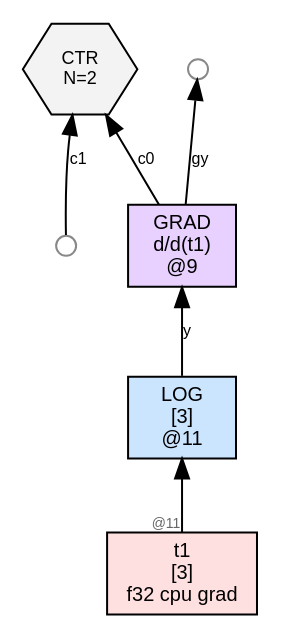
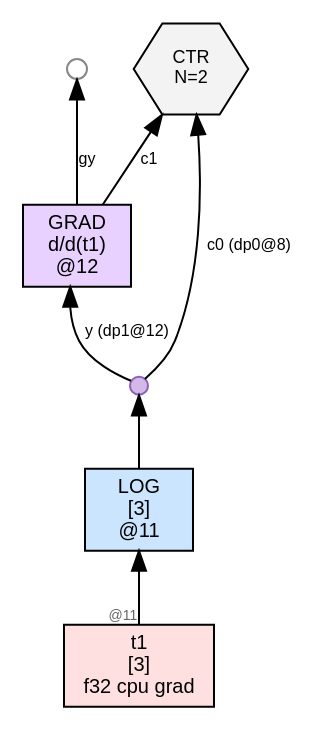
The diagram in wl/examples/thvm_graphs/grad_rules/log/thvm_0_pre_reduce.dot (sw1sh/TinyHVM), drawn with Graphviz before and after one commit. The commit also changed 193 other files, not shown here.

```diff
--- a/wl/examples/thvm_graphs/grad_rules/log/thvm_0_pre_reduce.dot
+++ b/wl/examples/thvm_graphs/grad_rules/log/thvm_0_pre_reduce.dot
@@ -1,17 +1,18 @@
 digraph G {
   rankdir=BT;
   node [fontname="Helvetica", fontsize=10, style=filled, shape=box, margin="0.1,0.05"];
   edge [fontsize=8, fontname="Helvetica"];
 
-  n9 [label="GRAD\nd/d(t1)\n@9", shape=box, fillcolor="#e8d0ff"];
-  n11 -> n9 [label="y"];
-  free9_1 [label="",shape=circle,width=0.14,height=0.14,fixedsize=true,fillcolor="#ffffff",color="#888888",fontsize=1];
-  n9 -> free9_1 [label="gy"];
+  n12 [label="GRAD\nd/d(t1)\n@12", shape=box, fillcolor="#e8d0ff"];
+  dup10 [label="", shape=circle, width=0.12, height=0.12, fixedsize=true, fillcolor="#d4b8e8", color="#8a63b7", fontsize=1];
+  n11 -> dup10;
+  dup10 -> n12 [label="y (dp1@12)"];
+  free12_1 [label="",shape=circle,width=0.14,height=0.14,fixedsize=true,fillcolor="#ffffff",color="#888888",fontsize=1];
+  n12 -> free12_1 [label="gy"];
   n11 [label="LOG\n[3]\n@11", shape=box, fillcolor="#cce5ff"];
   t1 [label="t1\n[3]\nf32 cpu grad",shape=box,fillcolor="#ffe0e0"];
   t1 -> n11 [label="",taillabel="@11",labelfontsize=7,fontcolor="#666666"];
-  ctr7 [label="CTR\nN=2", shape=hexagon, fillcolor="#f3f3f3", fontsize=9];
-  n9 -> ctr7 [label="c0"];
-  free7_1 [label="",shape=circle,width=0.14,height=0.14,fixedsize=true,fillcolor="#ffffff",color="#888888",fontsize=1];
-  free7_1 -> ctr7 [label="c1"];
+  ctr8 [label="CTR\nN=2", shape=hexagon, fillcolor="#f3f3f3", fontsize=9];
+  dup10 -> ctr8 [label="c0 (dp0@8)"];
+  n12 -> ctr8 [label="c1"];
 }
```
